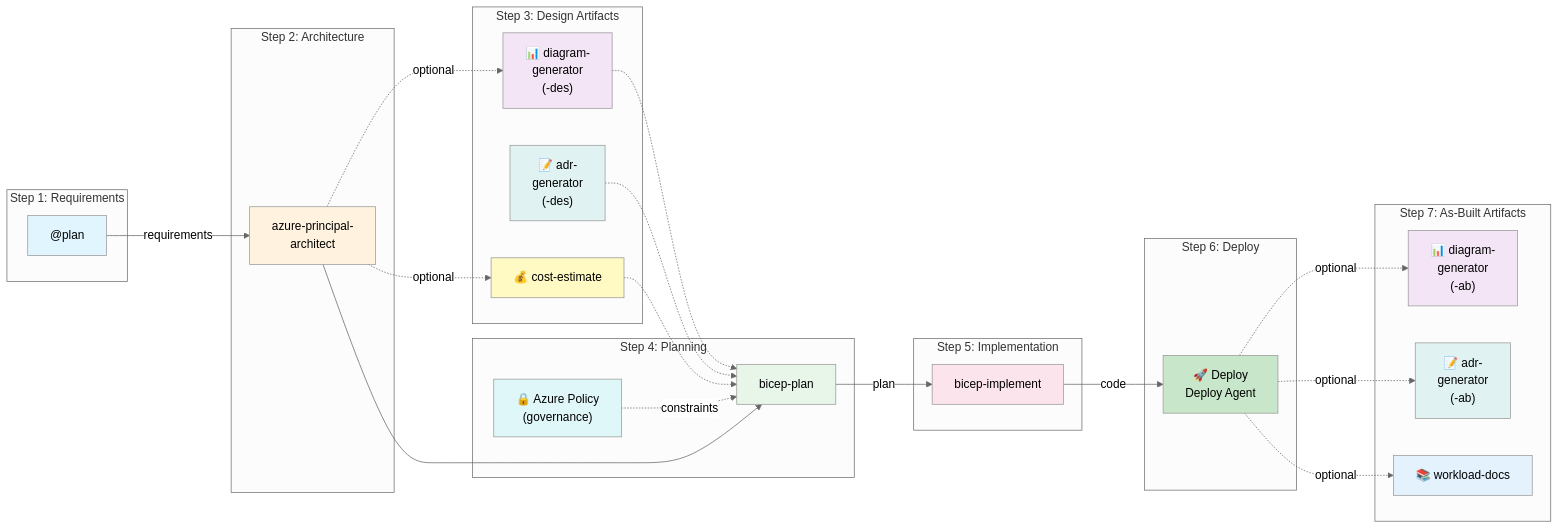
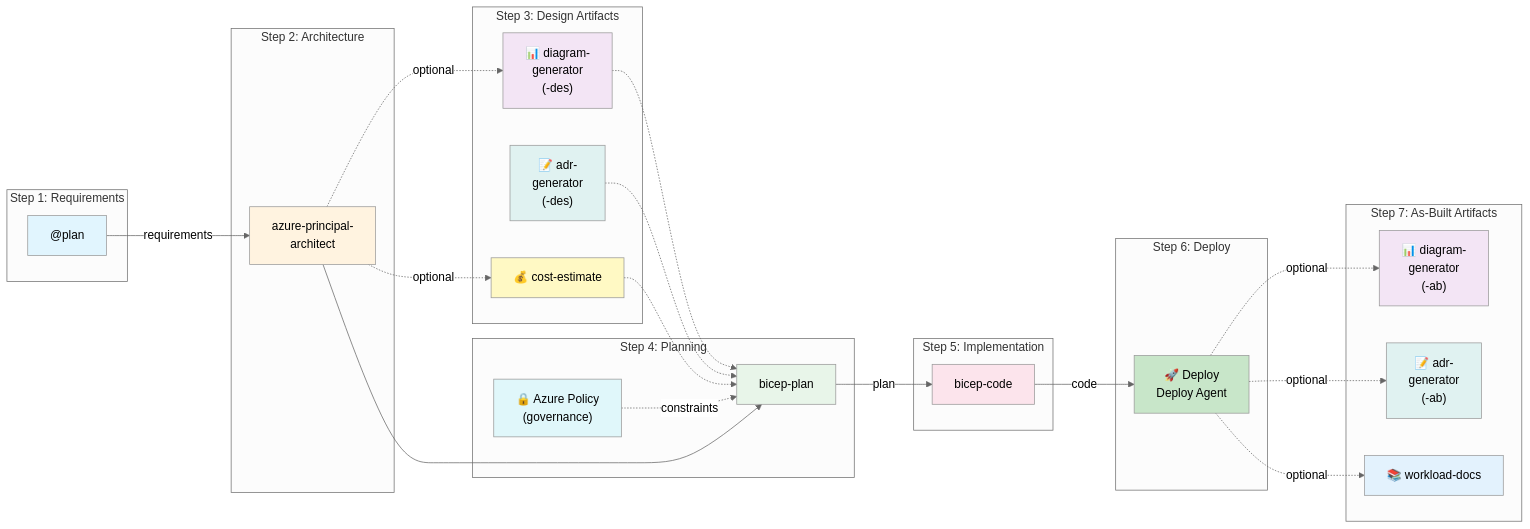
The diagram in docs/_superseded/diagrams/workflow/workflow.mmd (SmitaCnovate/azure-agentic-infraops), drawn with Mermaid before and after one commit. The commit also changed 102 other files, not shown here.

```diff
--- a/docs/_superseded/diagrams/workflow/workflow.mmd
+++ b/docs/_superseded/diagrams/workflow/workflow.mmd
@@ -1,55 +1,55 @@
 %%{init: {'theme':'neutral'}}%%
 graph LR
     subgraph "Step 1: Requirements"
         P["@plan"]
     end
     subgraph "Step 2: Architecture"
         A["azure-principal-<br/>architect"]
     end
     subgraph "Step 3: Design Artifacts"
         D["📊 diagram-<br/>generator<br/>(-des)"]
         ADR1["📝 adr-<br/>generator<br/>(-des)"]
         COST["💰 cost-estimate"]
     end
     subgraph "Step 4: Planning"
         B["bicep-plan"]
         GOV["🔒 Azure Policy<br/>(governance)"]
     end
     subgraph "Step 5: Implementation"
-        I["bicep-implement"]
+        I["bicep-code"]
     end
     subgraph "Step 6: Deploy"
         DEP["🚀 Deploy<br/>Deploy Agent"]
     end
     subgraph "Step 7: As-Built Artifacts"
         D2["📊 diagram-<br/>generator<br/>(-ab)"]
         ADR2["📝 adr-<br/>generator<br/>(-ab)"]
         WL["📚 workload-docs"]
     end
 
     P -->|requirements| A
     A -.->|optional| D
     A -.->|optional| COST
     A --> B
     D -.-> B
     ADR1 -.-> B
     COST -.-> B
     GOV -.->|constraints| B
     B -->|plan| I
     I -->|code| DEP
     DEP -.->|optional| D2
     DEP -.->|optional| ADR2
     DEP -.->|optional| WL
 
     style P fill:#e1f5fe
     style A fill:#fff3e0
     style D fill:#f3e5f5
     style ADR1 fill:#e0f2f1
     style COST fill:#fff9c4
     style B fill:#e8f5e9
     style GOV fill:#e0f7fa
     style I fill:#fce4ec
     style DEP fill:#c8e6c9
     style D2 fill:#f3e5f5
     style ADR2 fill:#e0f2f1
     style WL fill:#e3f2fd
```
